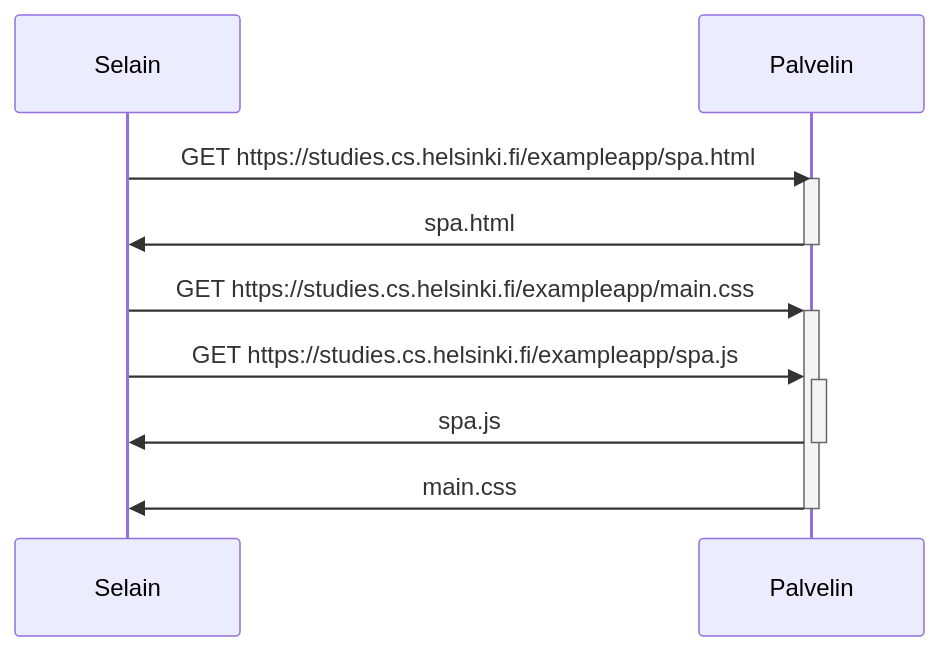
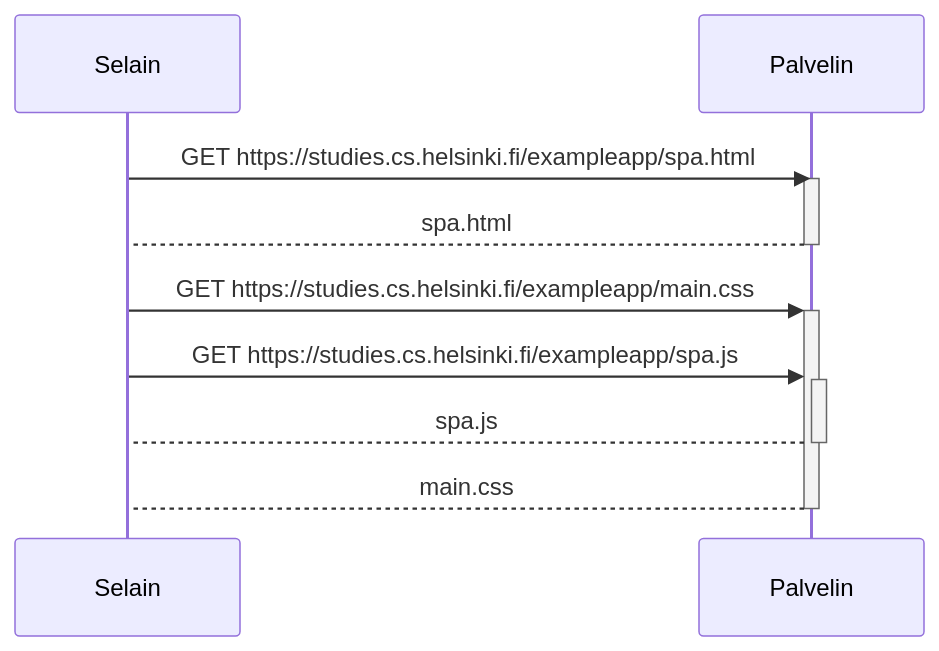
Before and after one commit to PasiParviainen/Fullstackosa0: the diagram in 0.5.md, drawn with Mermaid.

````diff
--- a/0.5.md
+++ b/0.5.md
@@ -1,15 +1,15 @@
 ```mermaid
 sequenceDiagram
   Participant S as Selain
   Participant P as Palvelin
 
   S->>P: GET https://studies.cs.helsinki.fi/exampleapp/spa.html
   activate P
-  P->>S: spa.html
+  P-->S: spa.html
   deactivate P
 
   S->>+P: GET https://studies.cs.helsinki.fi/exampleapp/main.css
   S->>+P: GET https://studies.cs.helsinki.fi/exampleapp/spa.js
-  P->>-S: spa.js
-  P->>-S: main.css
+  P-->-S: spa.js
+  P-->-S: main.css
 ```
````
